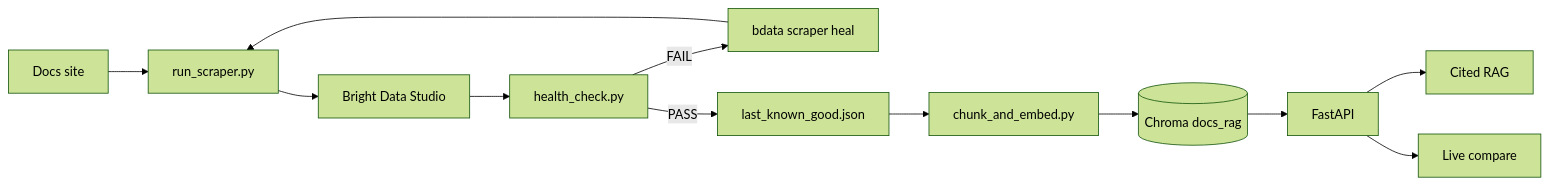
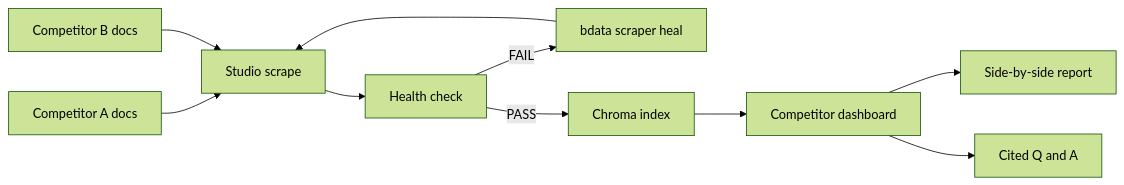
Before and after one commit to PARZIVAL7498/Web-Scraper-Self-Healing: the first of 6 diagrams in README.md, drawn with Mermaid (forest theme). The commit also changed other lines of this file and 3 other files, not shown here.

Commit message:
Position the repo as a competitor dashboard, with self-healing RAG as the engine.

````diff
--- a/README.md
+++ b/README.md
@@ -138,14 +150,12 @@
 ```mermaid
 flowchart LR
-  site[Docs site] --> scrape[run_scraper.py]
-  scrape --> studio[Bright Data Studio]
-  studio --> health[health_check.py]
+  a[Competitor A docs] --> scrape[Studio scrape]
+  b[Competitor B docs] --> scrape
+  scrape --> health[Health check]
   health -->|FAIL| heal["bdata scraper heal"]
   heal --> scrape
-  health -->|PASS| baseline[last_known_good.json]
-  baseline --> embed[chunk_and_embed.py]
-  embed --> chroma[(Chroma docs_rag)]
-  chroma --> api[FastAPI]
-  api --> chat[Cited RAG]
-  api --> compare[Live compare]
+  health -->|PASS| embed[Chroma index]
+  embed --> dash[Competitor dashboard]
+  dash --> compare[Side-by-side report]
+  dash --> ask[Cited Q and A]
 ```
````
